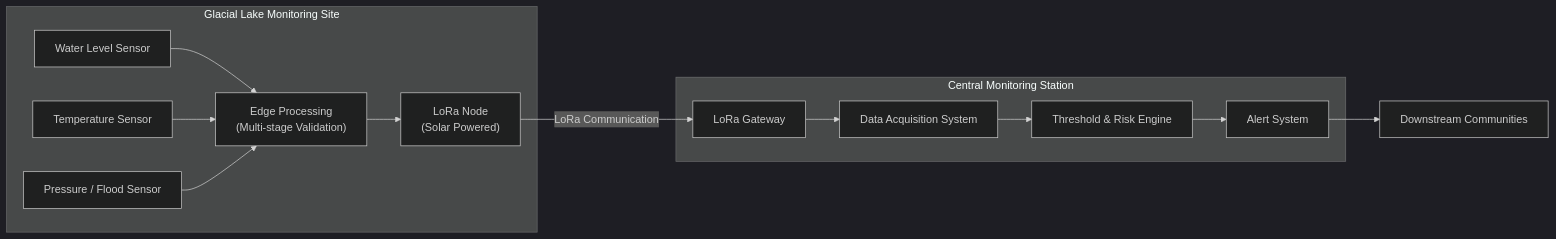
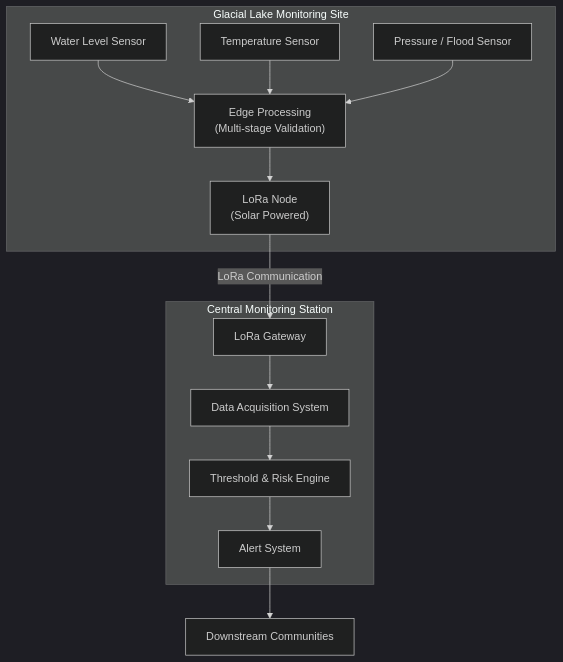
Before and after one commit to shubhamdp/shubhamdp.github.io: the diagram in diagram.md, drawn with Mermaid (dark theme).

````diff
--- a/diagram.md
+++ b/diagram.md
@@ -1,29 +1,29 @@
 ```mermaid
-flowchart LR
+flowchart TD
 
     subgraph Field["Glacial Lake Monitoring Site"]
         A[Water Level Sensor]
         B[Temperature Sensor]
         C["Pressure / Flood Sensor"]
         D["Edge Processing\n(Multi-stage Validation)"]
         E["LoRa Node\n(Solar Powered)"]
 
         A --> D
         B --> D
         C --> D
         D --> E
     end
 
     E -- LoRa Communication --> F
 
     subgraph Central["Central Monitoring Station"]
         F[LoRa Gateway]
         G[Data Acquisition System]
         H[Threshold & Risk Engine]
         I[Alert System]
 
         F --> G --> H --> I
     end
 
     I --> J[Downstream Communities]
 ```
````
